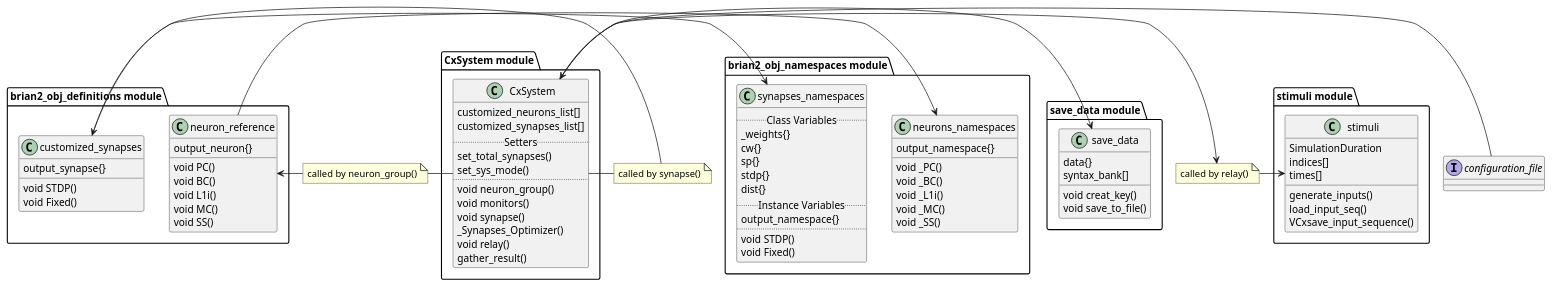
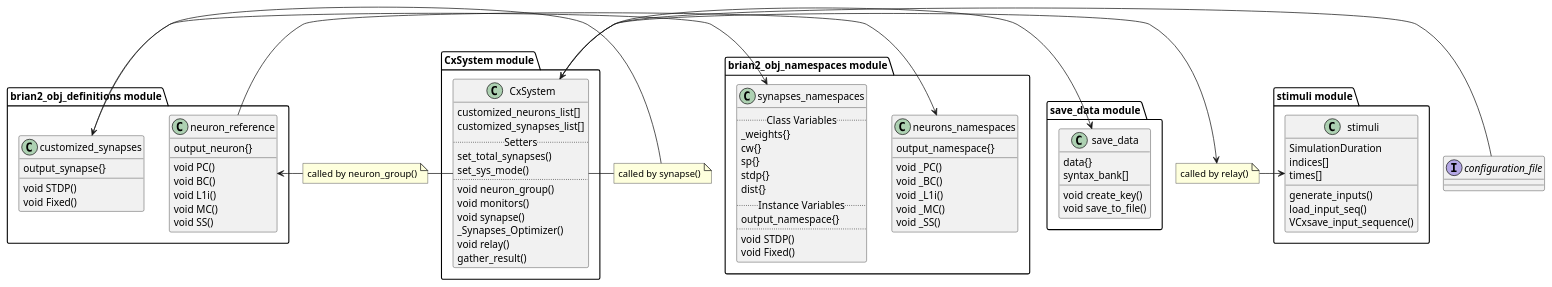
One commit to VisualNeuroscience-UH/CxSystem changed the diagram in data_visualizers/UML/main_uml.puml. Above: the diagram before and after it, drawn with PlantUML. The commit also changed 4 other files, not shown here.

```diff
--- a/data_visualizers/UML/main_uml.puml
+++ b/data_visualizers/UML/main_uml.puml
@@ -1,99 +1,99 @@
 @startuml
 
 note "called by neuron_group()" as N1
 note "called by synapse()" as N2
 note "called by relay()" as N3
 
 package "CxSystem module"{
 class CxSystem {
 customized_neurons_list[]
 customized_synapses_list[]
 .. Setters ..
 set_total_synapses()
 set_sys_mode()
 ....
 void neuron_group()
 void monitors()
 void synapse()
 _Synapses_Optimizer()
 void relay()
 gather_result()
 }
 }
 
 package "brian2_obj_definitions module"{
 class neuron_reference{
 output_neuron{}
 void PC()
 void BC()
 void L1i()
 void MC()
 void SS()
 }
 
 class customized_synapses{
 output_synapse{}
 void STDP()
 void Fixed()
 }
 
 neuron_reference <- N1
 N1 -CxSystem
 customized_synapses <- N2
 N2-CxSystem
 }
 
 package "brian2_obj_namespaces module" {
 class "synapses_namespaces"{
 .. Class Variables ..
 _weights{}
 cw{}
 sp{}
 stdp{}
 dist{}
 .. Instance Variables ..
 output_namespace{}
 ....
 void STDP()
 void Fixed()
 }
 class "neurons_namespaces"{
 
 output_namespace{}
 void _PC()
 void _BC()
 void _L1i()
 void _MC()
 void _SS()
 }
 neurons_namespaces<-neuron_reference
 synapses_namespaces<-customized_synapses
 }
 
 package "save_data module"{
 class save_data {
 data{}
 syntax_bank[]
-void creat_key()
+void create_key()
 void save_to_file()
 }
 CxSystem->save_data
 }
 
 package "stimuli module" {
 class stimuli {
 SimulationDuration
 indices[]
 times[]
 generate_inputs()
 load_input_seq()
 VCxsave_input_sequence()
 }
 CxSystem->N3
 N3->stimuli
 }
 
 interface configuration_file
 configuration_file->CxSystem
 
 @enduml
```
